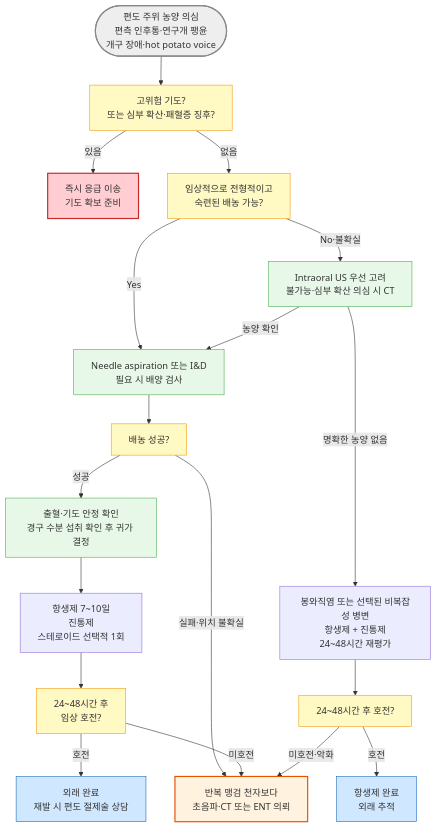
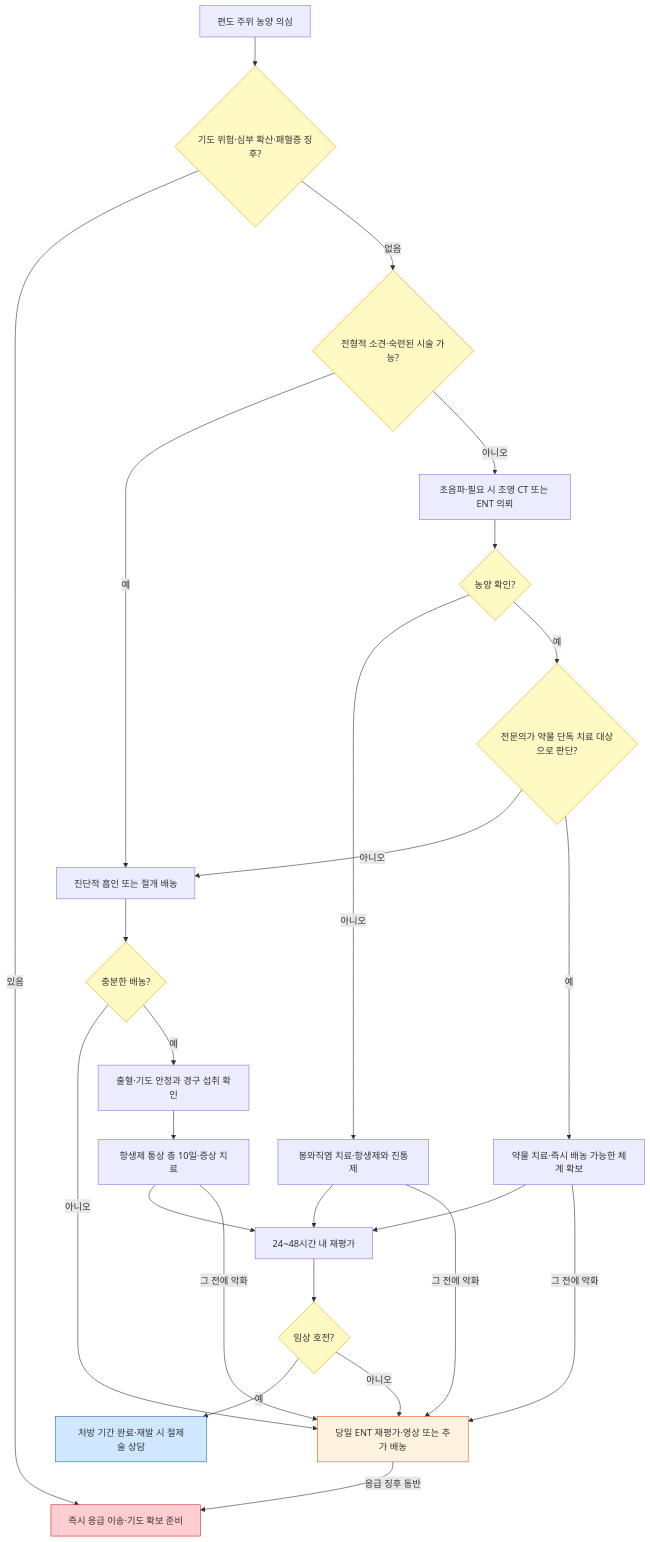
The diagram in 223_/065_-peritonsillar-abscess.md (familyoh77/familyoh77), drawn with Mermaid before and after one commit. The commit also changed other lines of this file and 1 other file, not shown here.

````diff
--- a/223_/065_-peritonsillar-abscess.md
+++ b/223_/065_-peritonsillar-abscess.md
@@ -111,29 +114,32 @@
 ```mermaid
-graph TD
-    A([편도 주위 농양 의심<br/>편측 인후통·연구개 팽윤<br/>개구 장애·hot potato voice]) --> B[고위험 기도?<br/>또는 심부 확산·패혈증 징후?]
-    B -- 있음 --> C[즉시 응급 이송<br/>기도 확보 준비]
-    B -- 없음 --> D[임상적으로 전형적이고<br/>숙련된 배농 가능?]
-    D -- Yes --> G[Needle aspiration 또는 I&D<br/>필요 시 배양 검사]
-    D -- No·불확실 --> E[Intraoral US 우선 고려<br/>불가능·심부 확산 의심 시 CT]
-    E -- 농양 확인 --> G
-    E -- 명확한 농양 없음 --> F[봉와직염 또는 선택된 비복잡성 병변<br/>항생제 + 진통제<br/>24~48시간 재평가]
-    G --> H[배농 성공?]
-    H -- 성공 --> O[출혈·기도 안정 확인<br/>경구 수분 섭취 확인 후 귀가 결정]
-    H -- 실패·위치 불확실 --> J[반복 맹검 천자보다<br/>초음파·CT 또는 ENT 의뢰]
-    O --> I[항생제 7~10일<br/>진통제<br/>스테로이드 선택적 1회]
-    I --> K[24~48시간 후<br/>임상 호전?]
-    K -- 호전 --> L[외래 완료<br/>재발 시 편도 절제술 상담]
-    K -- 미호전 --> J
-    F --> M[24~48시간 후 호전?]
-    M -- 호전 --> N[항생제 완료<br/>외래 추적]
-    M -- 미호전·악화 --> J
-style A fill:#eeeeee,stroke:#888888,stroke-width:2px
-classDef yellow fill:#fff9c4,stroke:#f39c12
-class B,D,H,M,K yellow
-classDef blue fill:#d0e8ff,stroke:#1a6abf
-class N,L blue
-classDef lightGreen fill:#e8f8e8,stroke:#4caf50
-class G,E,O lightGreen
-    style C fill:#ffcdd2,stroke:#c62828,stroke-width:2px
-    style J fill:#fff3e0,stroke:#e65100,stroke-width:2px
+flowchart TD
+    A["편도 주위 농양 의심"] --> B{"기도 위험·심부 확산·패혈증 징후?"}
+    B -- 있음 --> C["즉시 응급 이송·기도 확보 준비"]
+    B -- 없음 --> D{"전형적 소견·숙련된 시술 가능?"}
+    D -- 예 --> G["진단적 흡인 또는 절개 배농"]
+    D -- 아니오 --> E["초음파·필요 시 조영 CT 또는 ENT 의뢰"]
+    E --> Q{"농양 확인?"}
+    Q -- 아니오 --> F["봉와직염 치료·항생제와 진통제"]
+    Q -- 예 --> R{"전문의가 약물 단독 치료 대상으로 판단?"}
+    R -- 아니오 --> G
+    R -- 예 --> S["약물 치료·즉시 배농 가능한 체계 확보"]
+    G --> H{"충분한 배농?"}
+    H -- 아니오 --> J["당일 ENT 재평가·영상 또는 추가 배농"]
+    H -- 예 --> O["출혈·기도 안정과 경구 섭취 확인"]
+    O --> I["항생제 통상 총 10일·증상 치료"]
+    I --> K["24~48시간 내 재평가"]
+    F --> K
+    S --> K
+    K --> M{"임상 호전?"}
+    M -- 예 --> N["처방 기간 완료·재발 시 절제술 상담"]
+    M -- 아니오 --> J
+    I -- 그 전에 악화 --> J
+    F -- 그 전에 악화 --> J
+    S -- 그 전에 악화 --> J
+    J -- 응급 징후 동반 --> C
+    classDef warning fill:#fff9c4,stroke:#f39c12
+    class B,D,Q,R,H,M warning
+    style C fill:#ffcdd2,stroke:#c62828
+    style J fill:#fff3e0,stroke:#e65100
+    style N fill:#d0e8ff,stroke:#1a6abf
 ```
````
